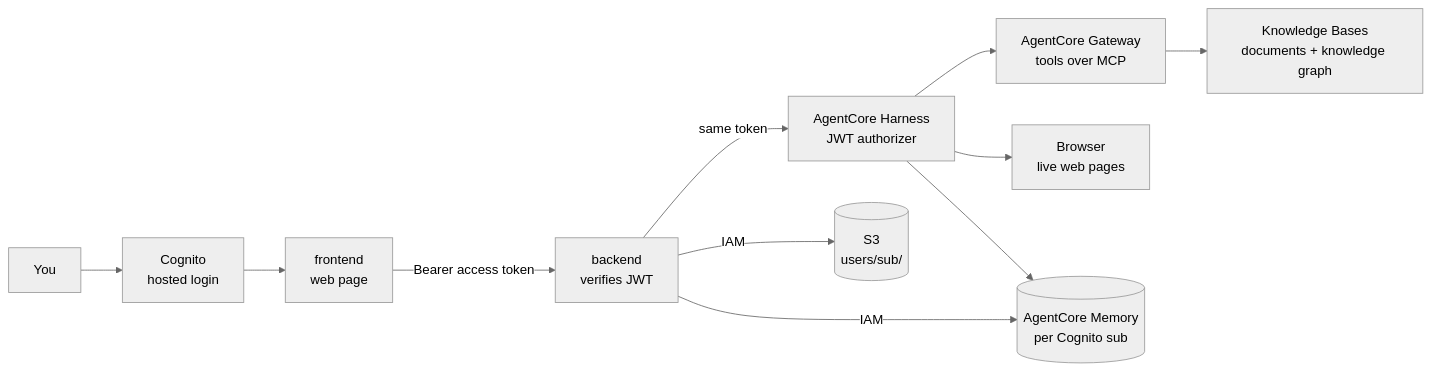
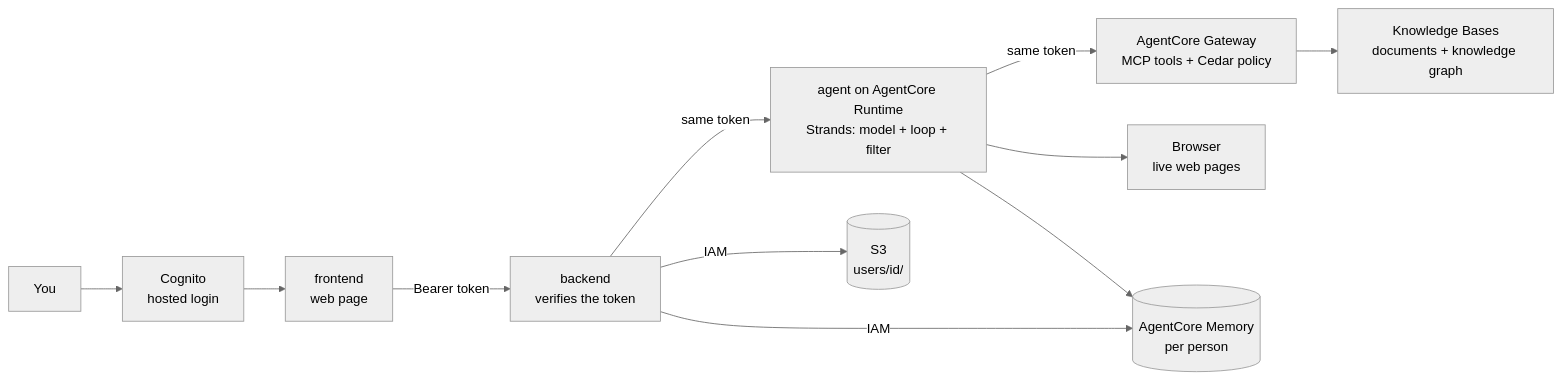
The diagram in README.md (yashzord/Docs_Copilot), drawn with Mermaid (neutral theme) before and after one commit. The commit also changed other lines of this file and 5 other files, not shown here.

First line of the commit message:
docs: course, README and demo for the login, the Runtime agent and the Cedar policy

````diff
--- a/README.md
+++ b/README.md
@@ -92,13 +108,13 @@
 ```mermaid
 flowchart LR
     U[You] --> C[Cognito<br/>hosted login]
     C --> F[frontend<br/>web page]
-    F -->|Bearer access token| B[backend<br/>verifies JWT]
-    B -->|same token| H[AgentCore Harness<br/>JWT authorizer]
-    H --> G[AgentCore Gateway<br/>tools over MCP]
+    F -->|Bearer token| B[backend<br/>verifies the token]
+    B -->|same token| A[agent on AgentCore Runtime<br/>Strands: model + loop + filter]
+    A -->|same token| G[AgentCore Gateway<br/>MCP tools + Cedar policy]
     G --> K[Knowledge Bases<br/>documents + knowledge graph]
-    H --> T[Browser<br/>live web pages]
-    H --> M[(AgentCore Memory<br/>per Cognito sub)]
-    B -->|IAM| S[(S3<br/>users/sub/)]
+    A --> T[Browser<br/>live web pages]
+    A --> M[(AgentCore Memory<br/>per person)]
+    B -->|IAM| S[(S3<br/>users/id/)]
     B -->|IAM| M
 ```
````
